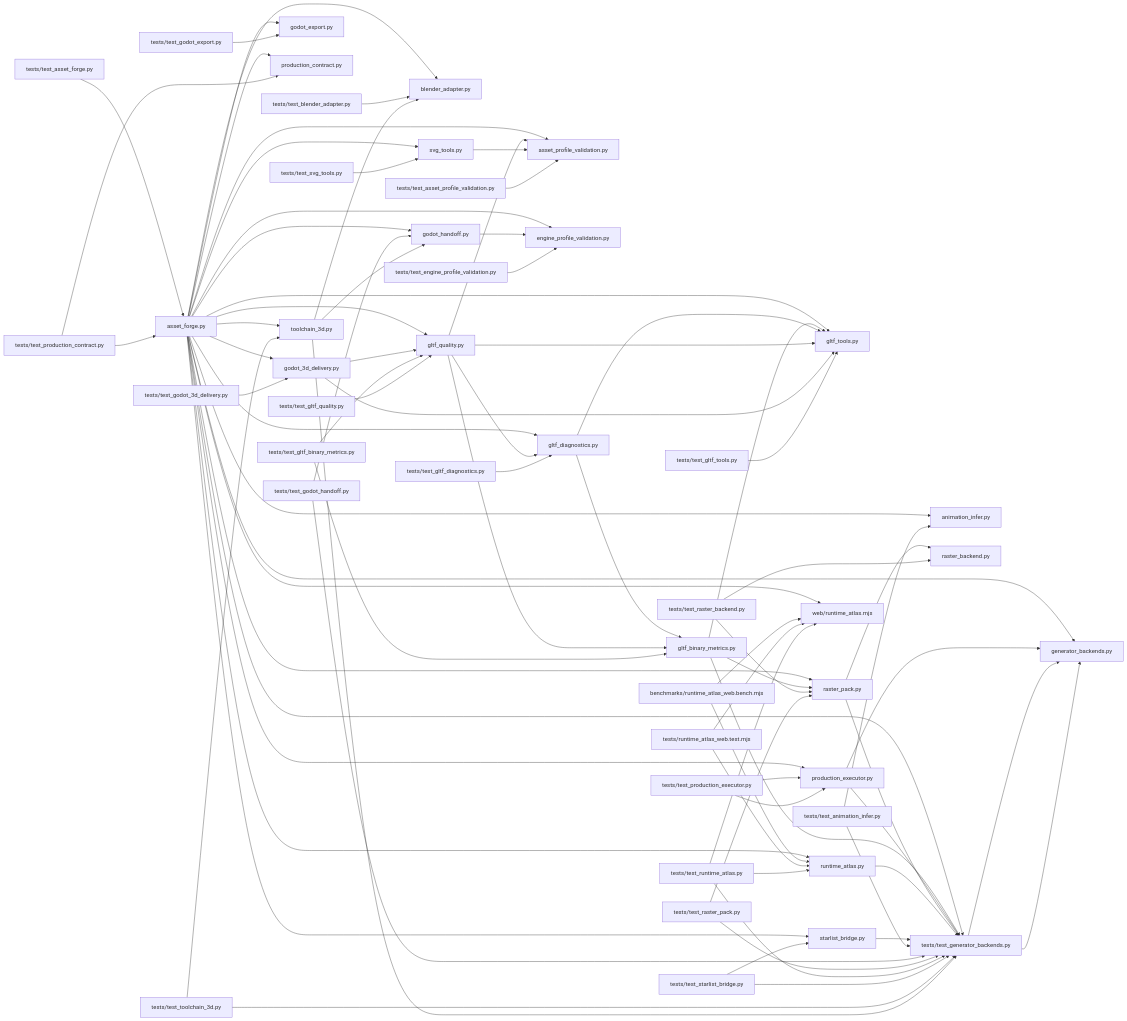
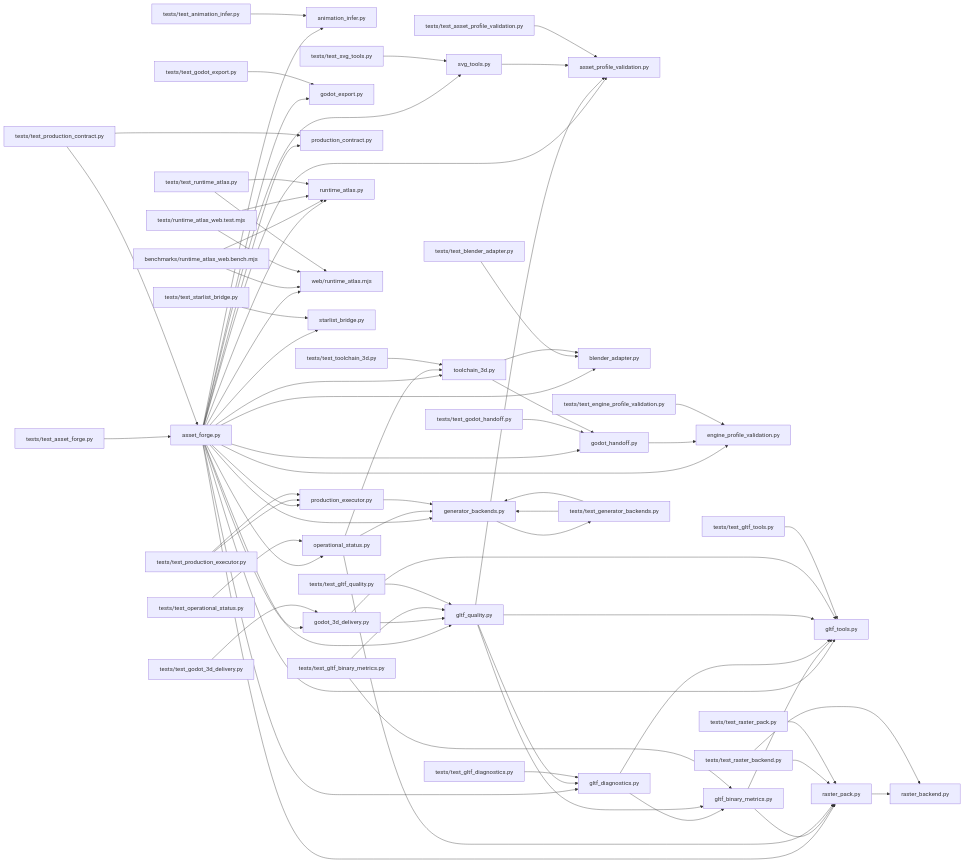
The diagram in .ai/brain/architecture.mmd (dbrckk/asset-forge), drawn with Mermaid before and after one commit. The commit also changed 94 other files, not shown here.

```diff
--- a/.ai/brain/architecture.mmd
+++ b/.ai/brain/architecture.mmd
@@ -1,80 +1,73 @@
 flowchart LR
   nf6aaebdb60["asset_forge.py"] --> na6af60504f["animation_infer.py"]
   nf6aaebdb60["asset_forge.py"] --> n0b538ad53a["asset_profile_validation.py"]
   nf6aaebdb60["asset_forge.py"] --> n53f8241bed["blender_adapter.py"]
   nf6aaebdb60["asset_forge.py"] --> n6c970becb0["engine_profile_validation.py"]
   nf6aaebdb60["asset_forge.py"] --> n628d7e8336["generator_backends.py"]
   nf6aaebdb60["asset_forge.py"] --> n75933d141d["gltf_diagnostics.py"]
   nf6aaebdb60["asset_forge.py"] --> n40671eb73f["gltf_quality.py"]
   nf6aaebdb60["asset_forge.py"] --> n603af8be95["gltf_tools.py"]
   nf6aaebdb60["asset_forge.py"] --> n19f6cc30a2["godot_3d_delivery.py"]
   nf6aaebdb60["asset_forge.py"] --> nf513c6f74a["godot_export.py"]
   nf6aaebdb60["asset_forge.py"] --> n4ac24c4308["godot_handoff.py"]
+  nf6aaebdb60["asset_forge.py"] --> n8e6c2af7cd["operational_status.py"]
   nf6aaebdb60["asset_forge.py"] --> n053badf172["production_contract.py"]
   nf6aaebdb60["asset_forge.py"] --> nd2e1f874ab["production_executor.py"]
   nf6aaebdb60["asset_forge.py"] --> n812f5d6cd8["raster_pack.py"]
   nf6aaebdb60["asset_forge.py"] --> n5b9c1dbfe7["runtime_atlas.py"]
   nf6aaebdb60["asset_forge.py"] --> nbf71796fb5["web/runtime_atlas.mjs"]
   nf6aaebdb60["asset_forge.py"] --> n60f2773fae["starlist_bridge.py"]
   nf6aaebdb60["asset_forge.py"] --> nd1a9eb18f4["svg_tools.py"]
   nf6aaebdb60["asset_forge.py"] --> n9f52789201["toolchain_3d.py"]
   nf1083f5ce7["benchmarks/runtime_atlas_web.bench.mjs"] --> n5b9c1dbfe7["runtime_atlas.py"]
   nf1083f5ce7["benchmarks/runtime_atlas_web.bench.mjs"] --> nbf71796fb5["web/runtime_atlas.mjs"]
   nf2ad6ffaad["gltf_binary_metrics.py"] --> n603af8be95["gltf_tools.py"]
   nf2ad6ffaad["gltf_binary_metrics.py"] --> n812f5d6cd8["raster_pack.py"]
   n75933d141d["gltf_diagnostics.py"] --> nf2ad6ffaad["gltf_binary_metrics.py"]
   n75933d141d["gltf_diagnostics.py"] --> n603af8be95["gltf_tools.py"]
   n40671eb73f["gltf_quality.py"] --> n0b538ad53a["asset_profile_validation.py"]
   n40671eb73f["gltf_quality.py"] --> nf2ad6ffaad["gltf_binary_metrics.py"]
   n40671eb73f["gltf_quality.py"] --> n75933d141d["gltf_diagnostics.py"]
   n40671eb73f["gltf_quality.py"] --> n603af8be95["gltf_tools.py"]
   n19f6cc30a2["godot_3d_delivery.py"] --> n40671eb73f["gltf_quality.py"]
   n19f6cc30a2["godot_3d_delivery.py"] --> n603af8be95["gltf_tools.py"]
   n4ac24c4308["godot_handoff.py"] --> n6c970becb0["engine_profile_validation.py"]
+  n8e6c2af7cd["operational_status.py"] --> n628d7e8336["generator_backends.py"]
+  n8e6c2af7cd["operational_status.py"] --> n812f5d6cd8["raster_pack.py"]
+  n8e6c2af7cd["operational_status.py"] --> n9f52789201["toolchain_3d.py"]
   nd2e1f874ab["production_executor.py"] --> n628d7e8336["generator_backends.py"]
   n812f5d6cd8["raster_pack.py"] --> n1f573e1b00["raster_backend.py"]
   nd1a9eb18f4["svg_tools.py"] --> n0b538ad53a["asset_profile_validation.py"]
   n6d6a7f3f5f["tests/runtime_atlas_web.test.mjs"] --> n5b9c1dbfe7["runtime_atlas.py"]
   n6d6a7f3f5f["tests/runtime_atlas_web.test.mjs"] --> nbf71796fb5["web/runtime_atlas.mjs"]
   ndd9a4fb45c["tests/test_animation_infer.py"] --> na6af60504f["animation_infer.py"]
   na7d4387d3f["tests/test_asset_forge.py"] --> nf6aaebdb60["asset_forge.py"]
   necd522caf1["tests/test_asset_profile_validation.py"] --> n0b538ad53a["asset_profile_validation.py"]
   n0b5e01c792["tests/test_blender_adapter.py"] --> n53f8241bed["blender_adapter.py"]
   n69f8299d4b["tests/test_engine_profile_validation.py"] --> n6c970becb0["engine_profile_validation.py"]
   n3669c12588["tests/test_generator_backends.py"] --> n628d7e8336["generator_backends.py"]
   nd70a422de4["tests/test_gltf_binary_metrics.py"] --> nf2ad6ffaad["gltf_binary_metrics.py"]
   nd70a422de4["tests/test_gltf_binary_metrics.py"] --> n40671eb73f["gltf_quality.py"]
   nfb115d84b9["tests/test_gltf_diagnostics.py"] --> n75933d141d["gltf_diagnostics.py"]
   n9879eb7c58["tests/test_gltf_quality.py"] --> n40671eb73f["gltf_quality.py"]
   nbe4b566f23["tests/test_gltf_tools.py"] --> n603af8be95["gltf_tools.py"]
   n5132dff4b4["tests/test_godot_3d_delivery.py"] --> n19f6cc30a2["godot_3d_delivery.py"]
   n765e2032dc["tests/test_godot_export.py"] --> nf513c6f74a["godot_export.py"]
   n796d12e7ad["tests/test_godot_handoff.py"] --> n4ac24c4308["godot_handoff.py"]
+  nae44096017["tests/test_operational_status.py"] --> n8e6c2af7cd["operational_status.py"]
   n2bf208ea95["tests/test_production_contract.py"] --> nf6aaebdb60["asset_forge.py"]
   n2bf208ea95["tests/test_production_contract.py"] --> n053badf172["production_contract.py"]
   n7bb7caee30["tests/test_production_executor.py"] --> nd2e1f874ab["production_executor.py"]
   nfa190699df["tests/test_raster_backend.py"] --> n1f573e1b00["raster_backend.py"]
   nfa190699df["tests/test_raster_backend.py"] --> n812f5d6cd8["raster_pack.py"]
   nacd4f64dad["tests/test_raster_pack.py"] --> n812f5d6cd8["raster_pack.py"]
   n648bc622f8["tests/test_runtime_atlas.py"] --> n5b9c1dbfe7["runtime_atlas.py"]
   n648bc622f8["tests/test_runtime_atlas.py"] --> nbf71796fb5["web/runtime_atlas.mjs"]
   n741d12fac4["tests/test_starlist_bridge.py"] --> n60f2773fae["starlist_bridge.py"]
   n9799642b7e["tests/test_svg_tools.py"] --> nd1a9eb18f4["svg_tools.py"]
   n67da2e7cde["tests/test_toolchain_3d.py"] --> n9f52789201["toolchain_3d.py"]
   n9f52789201["toolchain_3d.py"] --> n53f8241bed["blender_adapter.py"]
   n9f52789201["toolchain_3d.py"] --> n4ac24c4308["godot_handoff.py"]
   n3669c12588["tests/test_generator_backends.py"] --> n628d7e8336["generator_backends.py"]
   n7bb7caee30["tests/test_production_executor.py"] --> nd2e1f874ab["production_executor.py"]
-  nf6aaebdb60["asset_forge.py"] --> n3669c12588["tests/test_generator_backends.py"]
-  nf2ad6ffaad["gltf_binary_metrics.py"] --> n3669c12588["tests/test_generator_backends.py"]
-  nd2e1f874ab["production_executor.py"] --> n3669c12588["tests/test_generator_backends.py"]
-  n812f5d6cd8["raster_pack.py"] --> n3669c12588["tests/test_generator_backends.py"]
-  n5b9c1dbfe7["runtime_atlas.py"] --> n3669c12588["tests/test_generator_backends.py"]
-  n60f2773fae["starlist_bridge.py"] --> n3669c12588["tests/test_generator_backends.py"]
-  ndd9a4fb45c["tests/test_animation_infer.py"] --> n3669c12588["tests/test_generator_backends.py"]
-  n796d12e7ad["tests/test_godot_handoff.py"] --> n3669c12588["tests/test_generator_backends.py"]
-  nacd4f64dad["tests/test_raster_pack.py"] --> n3669c12588["tests/test_generator_backends.py"]
-  n648bc622f8["tests/test_runtime_atlas.py"] --> n3669c12588["tests/test_generator_backends.py"]
-  n741d12fac4["tests/test_starlist_bridge.py"] --> n3669c12588["tests/test_generator_backends.py"]
-  n67da2e7cde["tests/test_toolchain_3d.py"] --> n3669c12588["tests/test_generator_backends.py"]
-  n9f52789201["toolchain_3d.py"] --> n3669c12588["tests/test_generator_backends.py"]
+  n628d7e8336["generator_backends.py"] --> n3669c12588["tests/test_generator_backends.py"]
```
